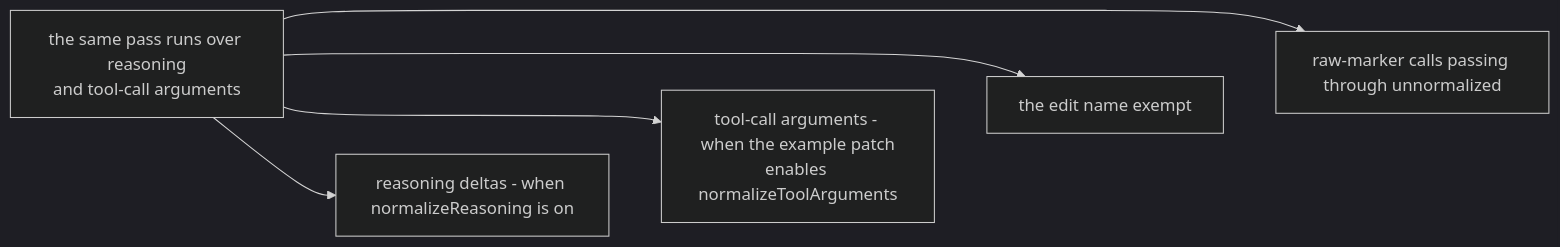
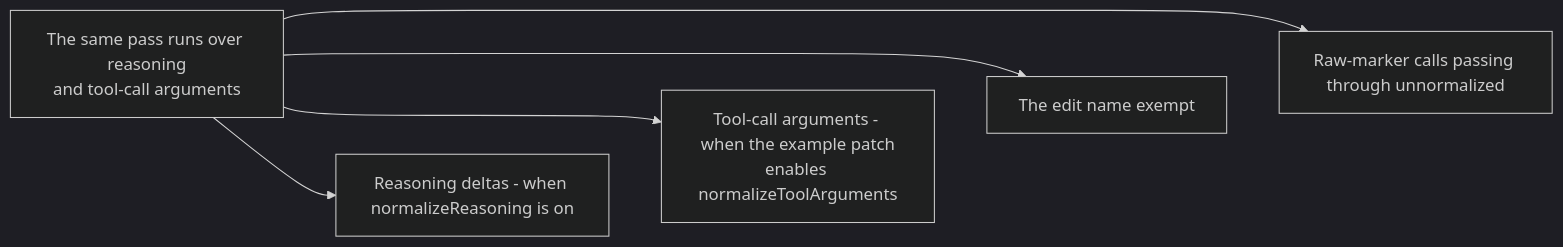
Before and after one commit to PlayForm/Site-DeepSeek: the diagram in Source/Content/Mermaid/ellipsis-pass-coverage.mmd, drawn with Mermaid (dark theme). The commit also changed 221 other files, not shown here.

```diff
--- a/Source/Content/Mermaid/ellipsis-pass-coverage.mmd
+++ b/Source/Content/Mermaid/ellipsis-pass-coverage.mmd
@@ -1,13 +1,13 @@
 flowchart LR
-	PASS["the same pass runs over reasoning<br/>and tool-call arguments"]
-	REASON["reasoning deltas - when normalizeReasoning is on"]
-	TOOL["tool-call arguments - when the example patch<br/>enables normalizeToolArguments"]
-	EXEMPT["the edit name exempt"]
-	RAW["raw-marker calls passing through unnormalized"]
+	PASS["The same pass runs over reasoning<br/>and tool-call arguments"]
+	REASON["Reasoning deltas - when normalizeReasoning is on"]
+	TOOL["Tool-call arguments - when the example patch<br/>enables normalizeToolArguments"]
+	EXEMPT["The edit name exempt"]
+	RAW["Raw-marker calls passing through unnormalized"]
 	PASS --> REASON
 	PASS --> TOOL
 	PASS --> EXEMPT
 	PASS --> RAW
 	REASON ~~~ TOOL
 	TOOL ~~~ EXEMPT
 	EXEMPT ~~~ RAW
```
